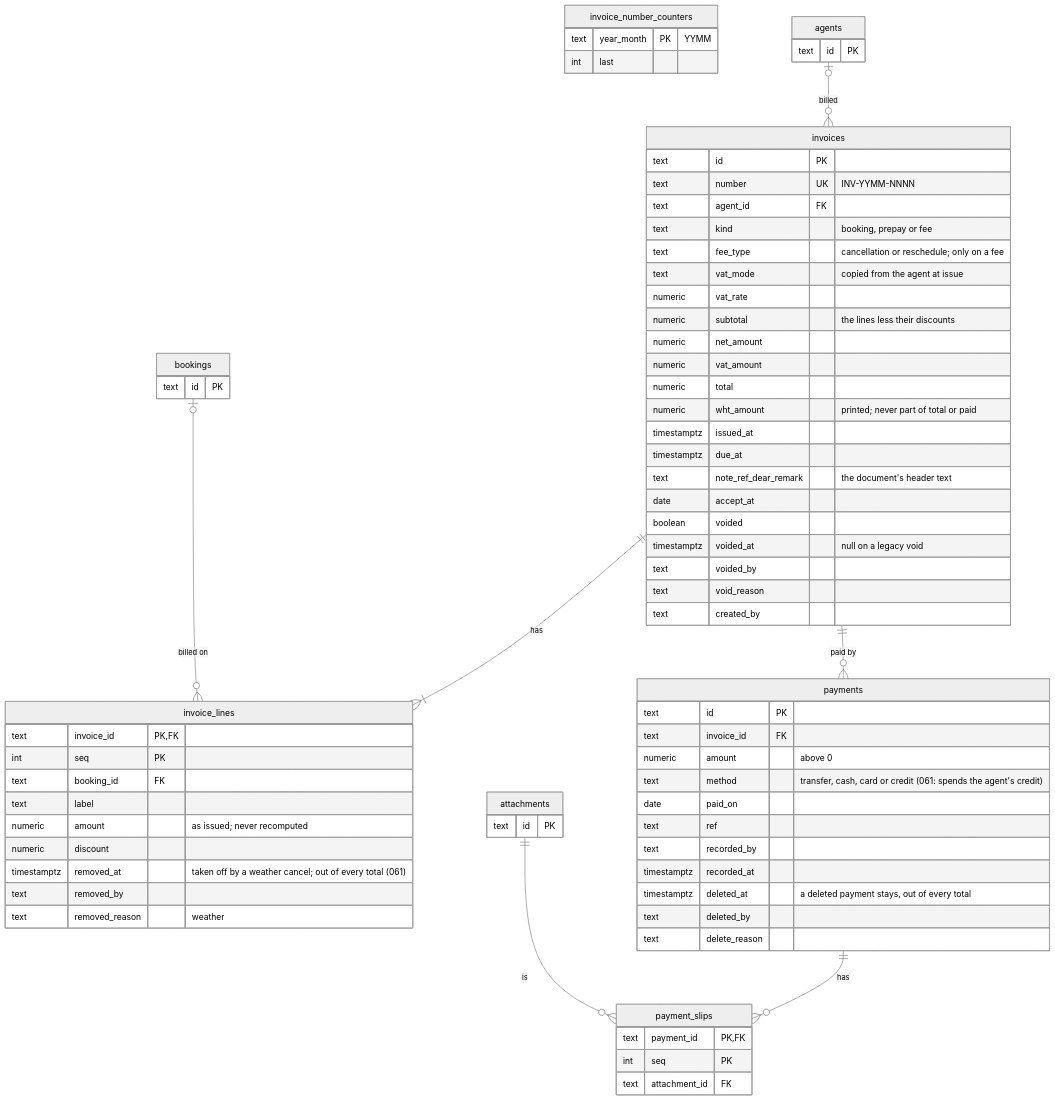
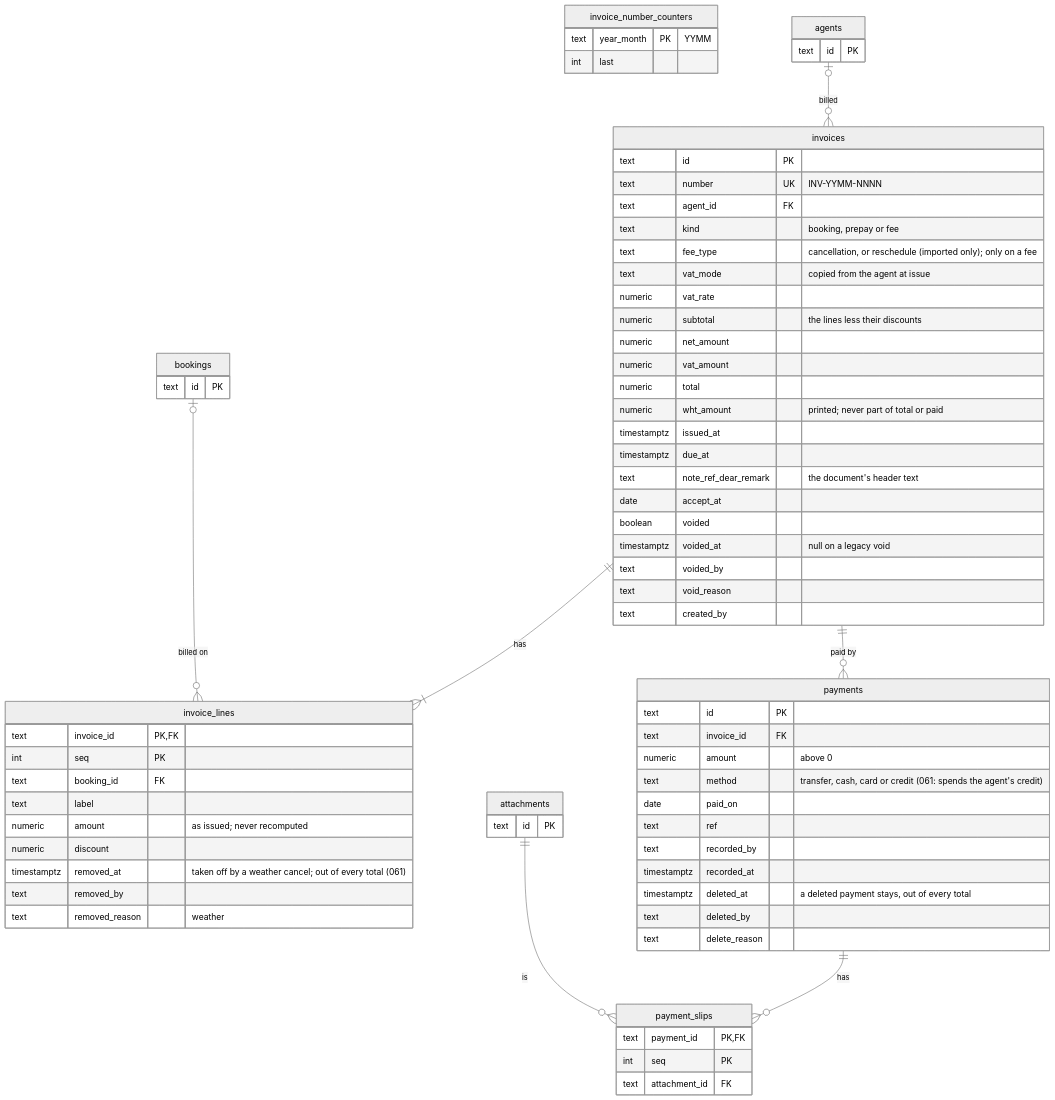
Before and after one commit to TheTaTha5/operation_backend: the eighth of 14 diagrams in docs/schema.md, drawn with Mermaid (neutral theme). The commit also changed 8 other files, not shown here.

First line of the commit message:
fix: a reschedule fee on an invoiced booking tops up that invoice, as legacy

````diff
--- a/docs/schema.md
+++ b/docs/schema.md
@@ -979,68 +979,68 @@
 ```mermaid
 erDiagram
   invoices {
     text id PK
     text number UK "INV-YYMM-NNNN"
     text agent_id FK
     text kind "booking, prepay or fee"
-    text fee_type "cancellation or reschedule; only on a fee"
+    text fee_type "cancellation, or reschedule (imported only); only on a fee"
     text vat_mode "copied from the agent at issue"
     numeric vat_rate
     numeric subtotal "the lines less their discounts"
     numeric net_amount
     numeric vat_amount
     numeric total
     numeric wht_amount "printed; never part of total or paid"
     timestamptz issued_at
     timestamptz due_at
     text note_ref_dear_remark "the document's header text"
     date accept_at
     boolean voided
     timestamptz voided_at "null on a legacy void"
     text voided_by
     text void_reason
     text created_by
   }
   invoice_lines {
     text invoice_id PK, FK
     int seq PK
     text booking_id FK
     text label
     numeric amount "as issued; never recomputed"
     numeric discount
     timestamptz removed_at "taken off by a weather cancel; out of every total (061)"
     text removed_by
     text removed_reason "weather"
   }
   invoice_number_counters {
     text year_month PK "YYMM"
     int last
   }
   payments {
     text id PK
     text invoice_id FK
     numeric amount "above 0"
     text method "transfer, cash, card or credit (061: spends the agent's credit)"
     date paid_on
     text ref
     text recorded_by
     timestamptz recorded_at
     timestamptz deleted_at "a deleted payment stays, out of every total"
     text deleted_by
     text delete_reason
   }
   payment_slips {
     text payment_id PK, FK
     int seq PK
     text attachment_id FK
   }
   agents { text id PK }
   bookings { text id PK }
   attachments { text id PK }
   agents |o--o{ invoices : "billed"
   invoices ||--|{ invoice_lines : "has"
   bookings |o--o{ invoice_lines : "billed on"
   invoices ||--o{ payments : "paid by"
   payments ||--o{ payment_slips : "has"
   attachments ||--o{ payment_slips : "is"
 ```
````
